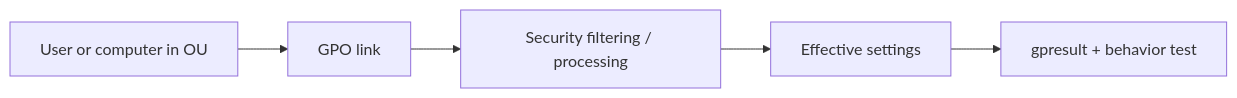
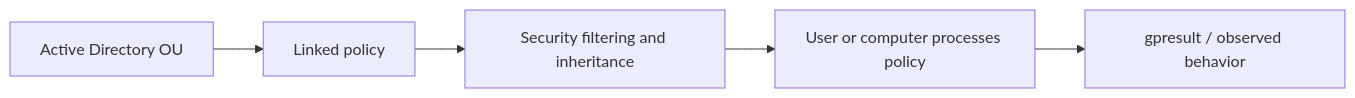
One commit to EtiDavid/Nova-Corp changed the diagram in docs/explore/POLICIES.md. Above: the diagram before and after it, drawn with Mermaid. The commit also changed other lines of this file, not shown here.

Commit message:
Replace historical GPO summary with seven verified November policy profiles and links

````diff
--- a/docs/explore/POLICIES.md
+++ b/docs/explore/POLICIES.md
@@ -60,7 +25,7 @@
 ```mermaid
 flowchart LR
-    OU["User or computer in OU"] --> LINK["GPO link"]
-    LINK --> FILTER["Security filtering / processing"]
-    FILTER --> RESULT["Effective settings"]
-    RESULT --> TEST["gpresult + behavior test"]
+    OU["Active Directory OU"] --> LINK["Linked policy"]
+    LINK --> FILTER["Security filtering and inheritance"]
+    FILTER --> PC["User or computer processes policy"]
+    PC --> TEST["gpresult / observed behavior"]
 ```
````
